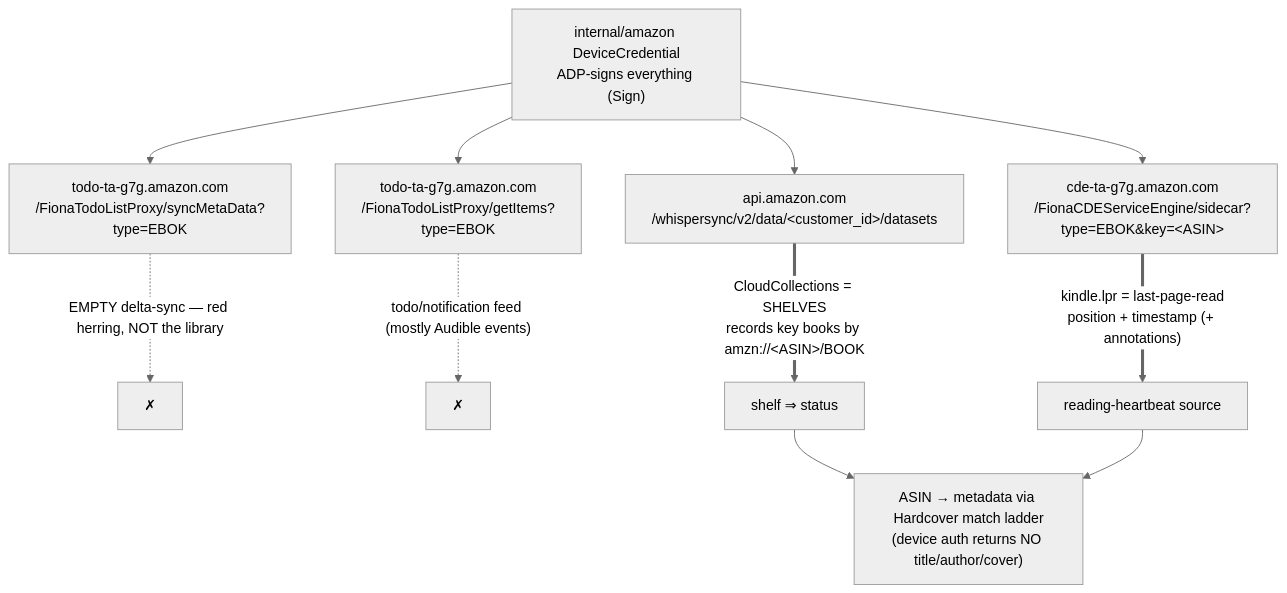
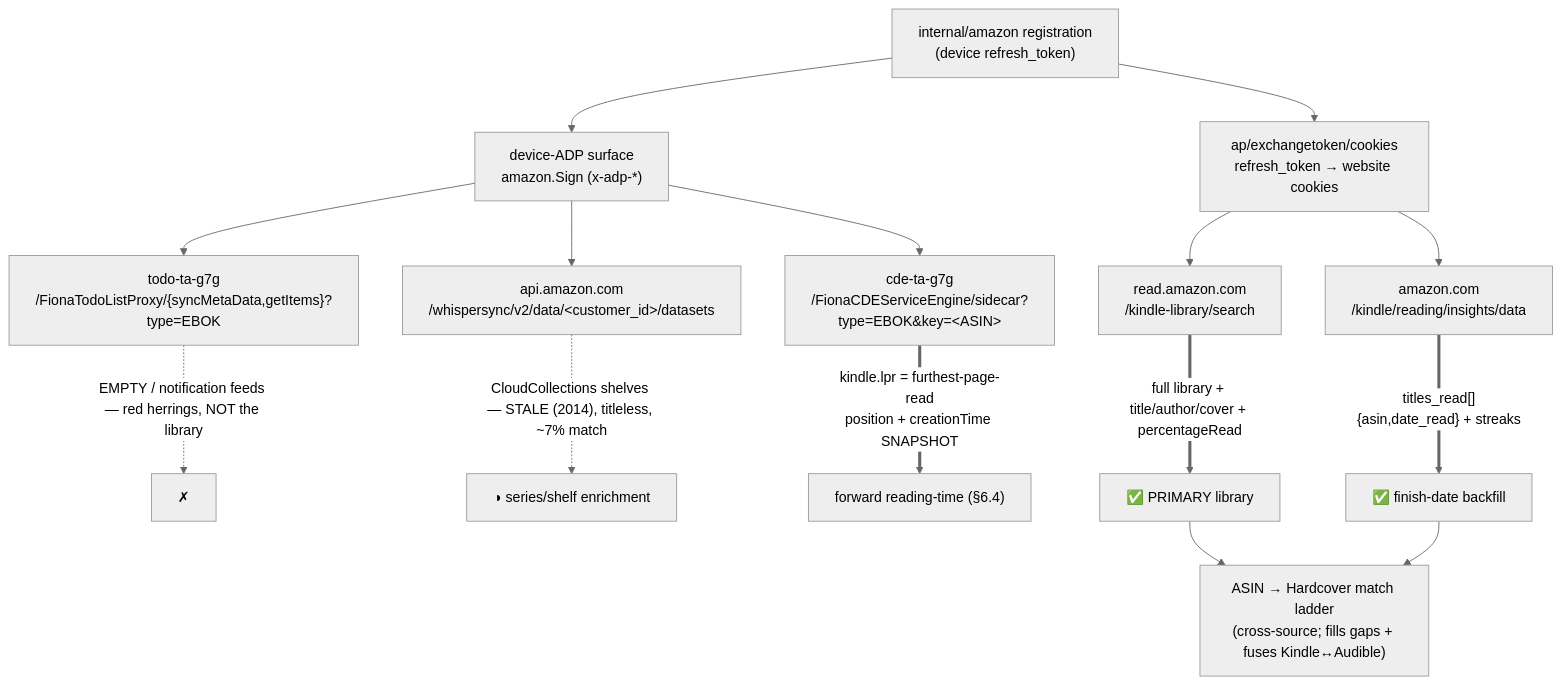
Before and after one commit to TheBranchDriftCatalyst/boomtime: the sixth of 7 diagrams in docs/design/catalyst-books-domain-architecture.md, drawn with Mermaid (neutral theme). The commit also changed other lines of this file, not shown here.

First line of the commit message:
docs(books): capture the full Kindle/Amazon reverse-engineering + reading-monitor discovery

````diff
--- a/docs/design/catalyst-books-domain-architecture.md
+++ b/docs/design/catalyst-books-domain-architecture.md
@@ -549,17 +603,21 @@
 ```mermaid
 flowchart TD
-    CRED["internal/amazon DeviceCredential<br/>ADP-signs everything (Sign)"]
+    REG["internal/amazon registration<br/>(device refresh_token)"]
+    REG --> ADP["device-ADP surface<br/>amazon.Sign (x-adp-*)"]
+    REG --> CK["ap/exchangetoken/cookies<br/>refresh_token → website cookies"]
 
-    CRED --> TODO["todo-ta-g7g.amazon.com<br/>/FionaTodoListProxy/syncMetaData?type=EBOK"]
-    CRED --> ITEMS["todo-ta-g7g.amazon.com<br/>/FionaTodoListProxy/getItems?type=EBOK"]
-    CRED --> COLL["api.amazon.com<br/>/whispersync/v2/data/&lt;customer_id&gt;/datasets"]
-    CRED --> SIDE["cde-ta-g7g.amazon.com<br/>/FionaCDEServiceEngine/sidecar?type=EBOK&key=&lt;ASIN&gt;"]
+    ADP --> TODO["todo-ta-g7g<br/>/FionaTodoListProxy/{syncMetaData,getItems}?type=EBOK"]
+    ADP --> COLL["api.amazon.com<br/>/whispersync/v2/data/&lt;customer_id&gt;/datasets"]
+    ADP --> SIDE["cde-ta-g7g<br/>/FionaCDEServiceEngine/sidecar?type=EBOK&key=&lt;ASIN&gt;"]
+    CK --> LIB["read.amazon.com<br/>/kindle-library/search"]
+    CK --> INS["amazon.com<br/>/kindle/reading/insights/data"]
 
-    TODO -.->|"EMPTY delta-sync — red herring, NOT the library"| X1["✗"]
-    ITEMS -.->|"todo/notification feed (mostly Audible events)"| X2["✗"]
-    COLL ==>|"CloudCollections = SHELVES<br/>records key books by amzn://&lt;ASIN&gt;/BOOK"| SHELF["shelf ⇒ status"]
-    SIDE ==>|"kindle.lpr = last-page-read<br/>position + timestamp (+ annotations)"| HEART["reading-heartbeat source"]
+    TODO -.->|"EMPTY / notification feeds — red herrings, NOT the library"| X1["✗"]
+    COLL -.->|"CloudCollections shelves — STALE (2014), titleless, ~7% match"| ENR["◑ series/shelf enrichment"]
+    SIDE ==>|"kindle.lpr = furthest-page-read<br/>position + creationTime SNAPSHOT"| HEART["forward reading-time (§6.4)"]
+    LIB ==>|"full library + title/author/cover + percentageRead"| PRIMARY["✅ PRIMARY library"]
+    INS ==>|"titles_read[]{asin,date_read} + streaks"| DATES["✅ finish-date backfill"]
 
-    SHELF --> RESOLVE
-    HEART --> RESOLVE["ASIN → metadata via Hardcover match ladder<br/>(device auth returns NO title/author/cover)"]
+    PRIMARY --> RESOLVE["ASIN → Hardcover match ladder<br/>(cross-source; fills gaps + fuses Kindle↔Audible)"]
+    DATES --> RESOLVE
 ```
````
